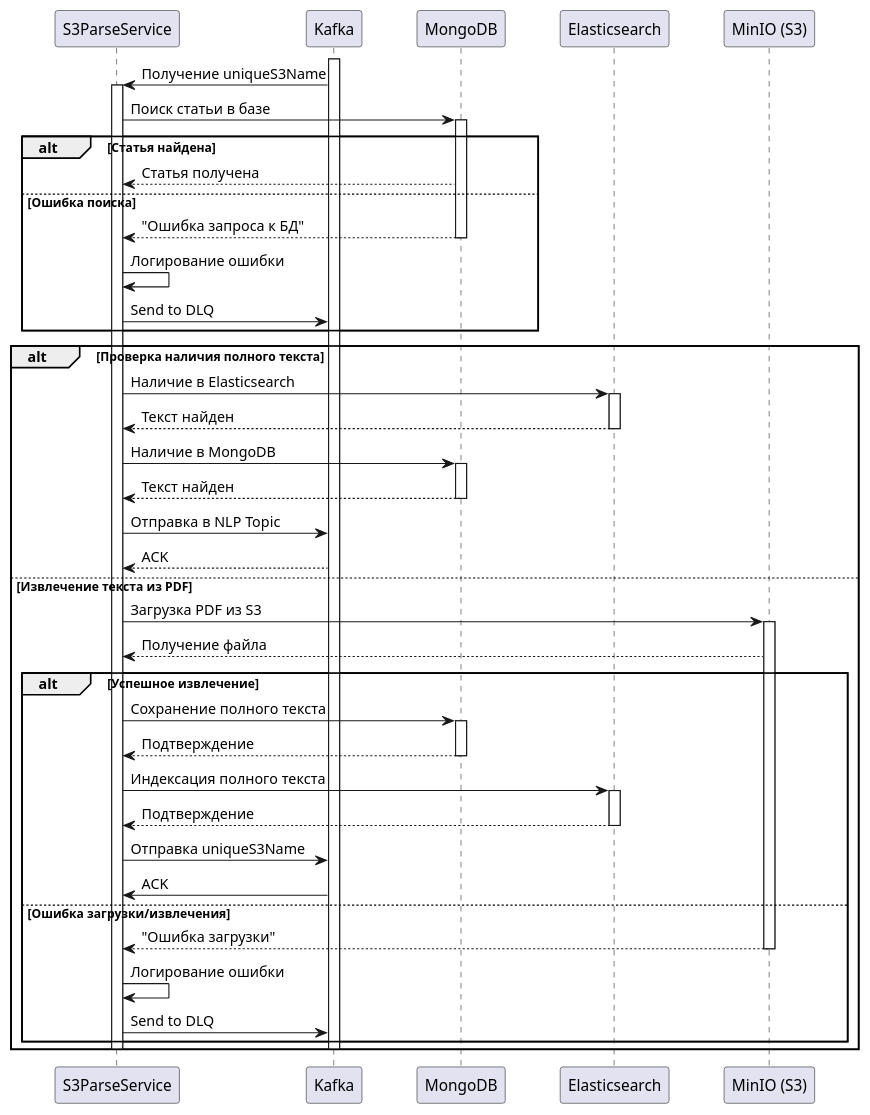
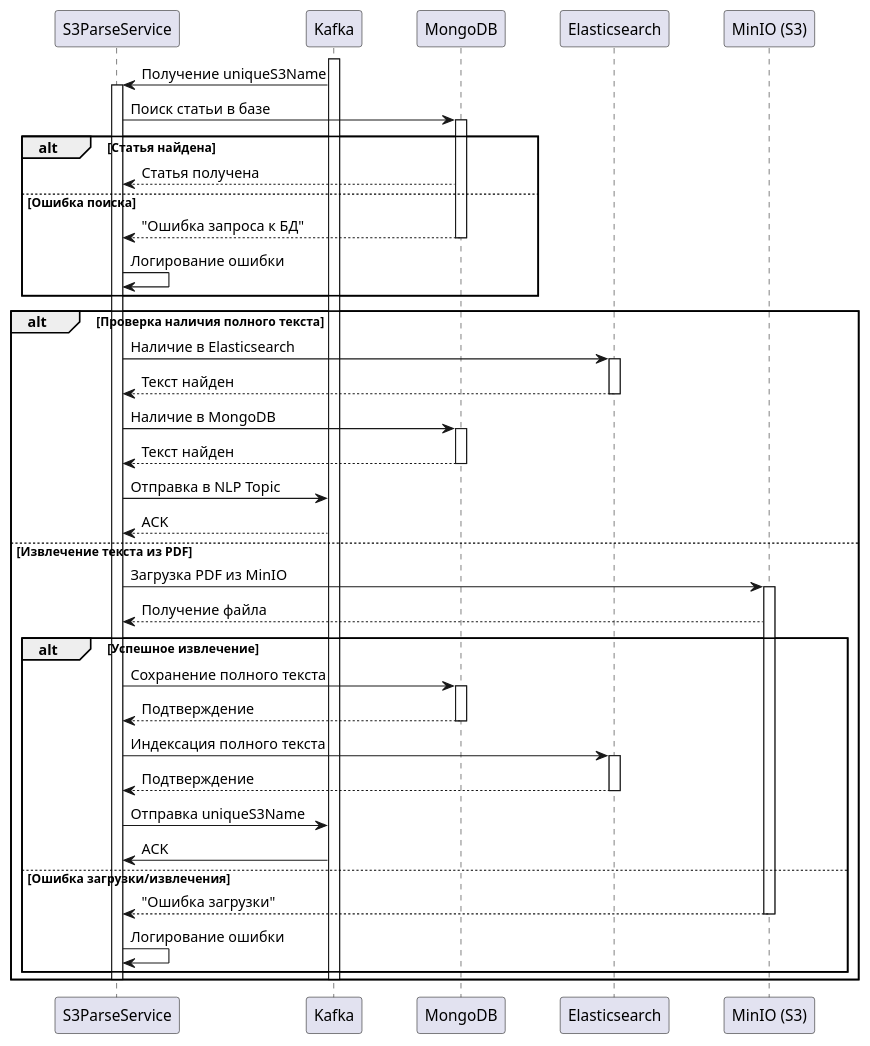
The diagram in src/main/resources/S3Parse.puml (AlexanderGalimov/ArticleViewerS3ParseService), drawn with PlantUML before and after one commit.

Commit message:
NIR v6.2

```diff
--- a/src/main/resources/S3Parse.puml
+++ b/src/main/resources/S3Parse.puml
@@ -1,68 +1,66 @@
 @startuml
 participant "S3ParseService" as S3Parse
 participant "Kafka" as Kafka
 participant "MongoDB" as MongoDB
 participant "Elasticsearch" as ES
 participant "MinIO (S3)" as MinIO
 skinparam ParticipantPadding 20
 
 activate Kafka
 Kafka -> S3Parse: Получение uniqueS3Name
 activate S3Parse
 
 S3Parse -> MongoDB:  Поиск статьи в базе
 activate MongoDB
 
 alt Статья найдена
     MongoDB --> S3Parse:  Статья получена
 else Ошибка поиска
     MongoDB --> S3Parse:  "Ошибка запроса к БД"
     deactivate MongoDB
     S3Parse -> S3Parse:  Логирование ошибки
-    S3Parse -> Kafka:  Send to DLQ
 end
 
 alt Проверка наличия полного текста
     S3Parse -> ES:  Наличие в Elasticsearch
     activate ES
     ES --> S3Parse:  Текст найден
     deactivate ES
 
     S3Parse -> MongoDB:  Наличие в MongoDB
     activate MongoDB
     MongoDB --> S3Parse:  Текст найден
     deactivate MongoDB
 
     S3Parse -> Kafka:  Отправка в NLP Topic
     Kafka --> S3Parse:  ACK
 
 else Извлечение текста из PDF
-    S3Parse -> MinIO:  Загрузка PDF из S3
+    S3Parse -> MinIO:  Загрузка PDF из MinIO
     activate MinIO
     MinIO --> S3Parse:  Получение файла
 
     alt Успешное извлечение
         S3Parse -> MongoDB:  Сохранение полного текста
         activate MongoDB
         MongoDB --> S3Parse:  Подтверждение
         deactivate MongoDB
 
         S3Parse -> ES:  Индексация полного текста
         activate ES
         ES --> S3Parse:  Подтверждение
         deactivate ES
 
         S3Parse -> Kafka:  Отправка uniqueS3Name
         Kafka -> S3Parse:  ACK
 
     else Ошибка загрузки/извлечения
         MinIO --> S3Parse:  "Ошибка загрузки"
         deactivate MinIO
         S3Parse -> S3Parse:  Логирование ошибки
-        S3Parse -> Kafka:  Send to DLQ
     end
     deactivate S3Parse
     deactivate Kafka
 end
 
 @enduml
```
